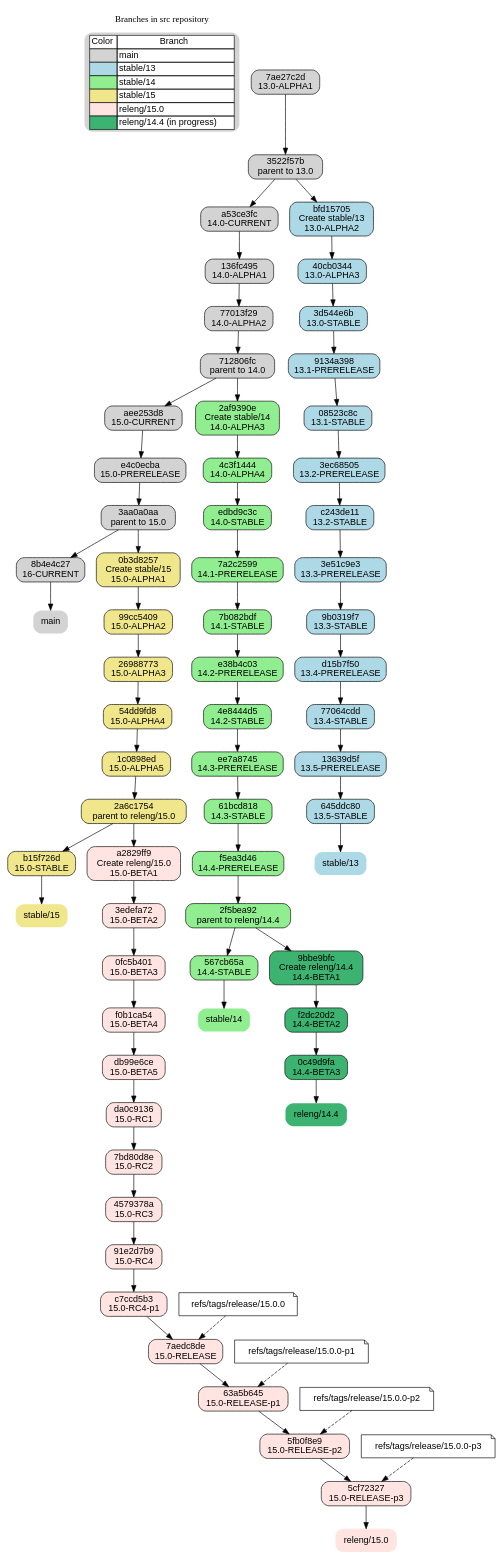
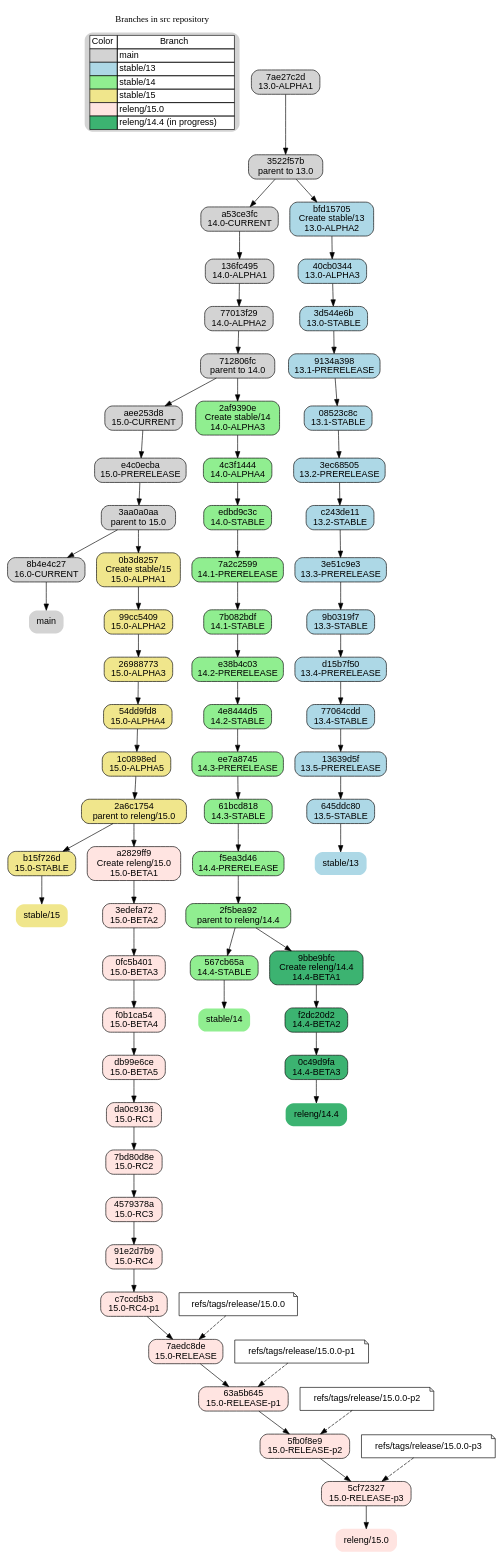
Before and after one commit to freebsd-doc-ru/freebsd-relnotes: the diagram in docs/freebsd_releases_full.dot, drawn with Graphviz. The commit also changed 2 other files, not shown here.

Commit message:
Version graph is updated

```diff
--- a/docs/freebsd_releases_full.dot
+++ b/docs/freebsd_releases_full.dot
@@ -60,7 +60,7 @@
   m_update_15  [label="aee253d8\n15.0-CURRENT",URL="https://cgit.freebsd.org/src/commit/?id=aee253d8a7ae",target="_blank"];
   m_pre_15     [label="e4c0ecba\n15.0-PRERELEASE",URL="https://cgit.freebsd.org/src/commit/?id=e4c0ecba44b2",target="_blank"];
   m_parent_15  [label="3aa0a0aa\nparent to 15.0",URL="https://cgit.freebsd.org/src/commit/?id=3aa0a0aaa23b95dbf0ef58b16b313637f515b460",target="_blank"];
-  m_update_16  [label="8b4e4c27\n16-CURRENT",URL="https://cgit.freebsd.org/src/commit/?id=8b4e4c273730",target="_blank"];
+  m_update_16  [label="8b4e4c27\n16.0-CURRENT",URL="https://cgit.freebsd.org/src/commit/?id=8b4e4c273730",target="_blank"];
 
   m_alpha1_13 -> m_parent_13 -> m_bump_14 -> m_alpha1_14 ->
   m_alpha2_14 -> m_parent_14 -> m_update_15 ->
```
